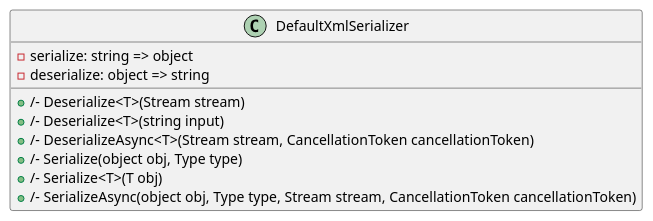
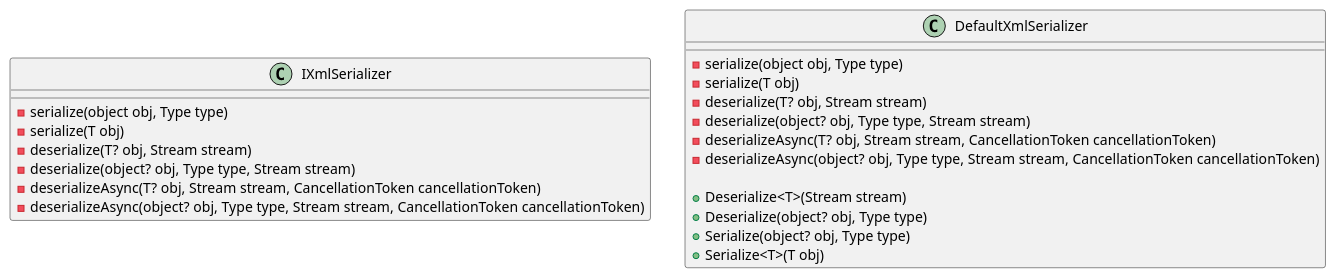
Before and after one commit to mwwhited-forks/dotnet-libs: the diagram in docs/generated/Framework/Eliassen.System/Text/Xml/Serialization/Documentation.md, drawn with PlantUML. The commit also changed other lines of this file and 444 other files, not shown here.

````diff
--- a/docs/generated/Framework/Eliassen.System/Text/Xml/Serialization/Documentation.md
+++ b/docs/generated/Framework/Eliassen.System/Text/Xml/Serialization/Documentation.md
@@ -5,16 +11,26 @@
 ```plantuml
 @startuml
-class DefaultXmlSerializer {
-  - serialize: string => object
-  - deserialize: object => string
-
-  +/- Deserialize<T>(Stream stream)
-  +/- Deserialize<T>(string input)
-  +/- DeserializeAsync<T>(Stream stream, CancellationToken cancellationToken)
-  +/- Serialize(object obj, Type type)
-  +/- Serialize<T>(T obj)
-  +/- SerializeAsync(object obj, Type type, Stream stream, CancellationToken cancellationToken)
+class IXmlSerializer {
+  - serialize(object obj, Type type)
+  - serialize(T obj)
+  - deserialize(T? obj, Stream stream)
+  - deserialize(object? obj, Type type, Stream stream)
+  - deserializeAsync(T? obj, Stream stream, CancellationToken cancellationToken)
+  - deserializeAsync(object? obj, Type type, Stream stream, CancellationToken cancellationToken)
 }
 
+class DefaultXmlSerializer {
+  - serialize(object obj, Type type)
+  - serialize(T obj)
+  - deserialize(T? obj, Stream stream)
+  - deserialize(object? obj, Type type, Stream stream)
+  - deserializeAsync(T? obj, Stream stream, CancellationToken cancellationToken)
+  - deserializeAsync(object? obj, Type type, Stream stream, CancellationToken cancellationToken)
+
+  + Deserialize<T>(Stream stream)
+  + Deserialize(object? obj, Type type)
+  + Serialize(object? obj, Type type)
+  + Serialize<T>(T obj)
+}
 @enduml
 ```
````
